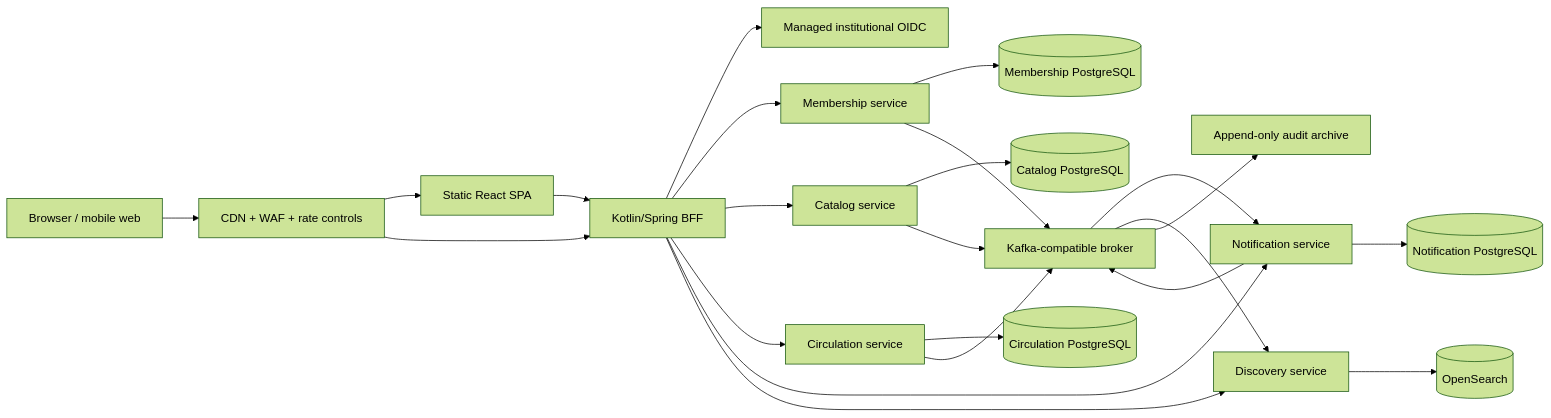
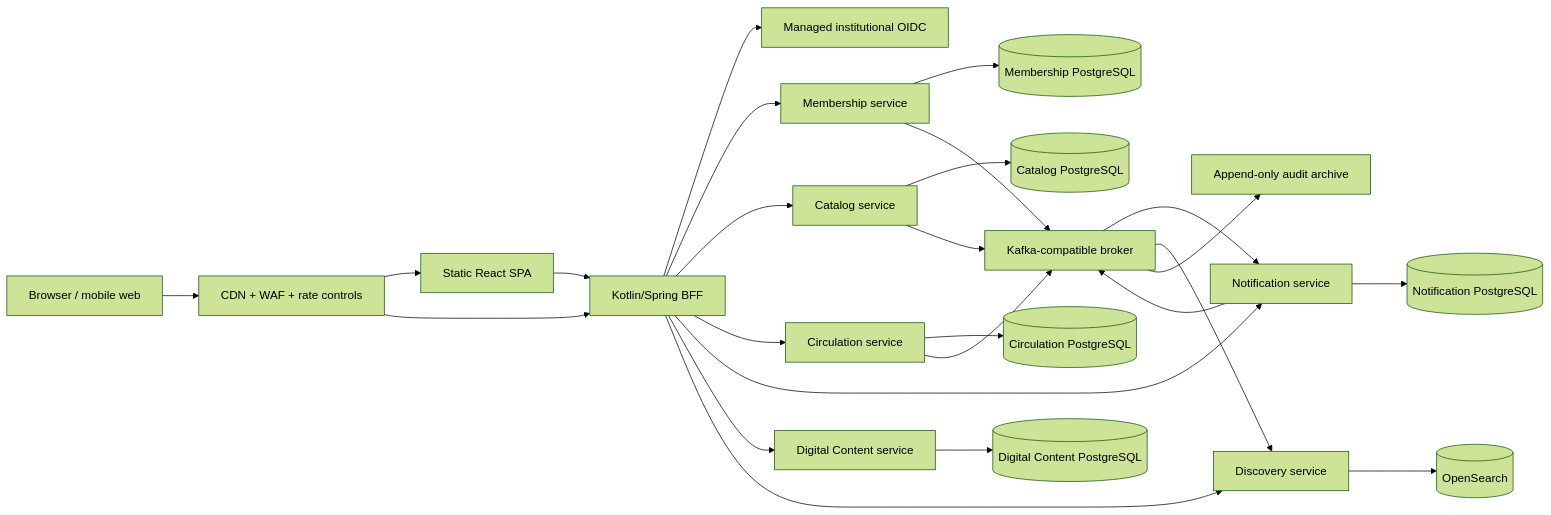
Before and after one commit to AnouarMohamed/Mundia_library: the diagram in docs/PRODUCTION_OVERHAUL.md, drawn with Mermaid (forest theme). The commit also changed other lines of this file and 47 other files, not shown here.

Commit message:
feat: establish rights-aware digital content service

````diff
--- a/docs/PRODUCTION_OVERHAUL.md
+++ b/docs/PRODUCTION_OVERHAUL.md
@@ -125,27 +125,29 @@
 ```mermaid
 flowchart LR
     Browser["Browser / mobile web"] --> Edge["CDN + WAF + rate controls"]
     Edge --> SPA["Static React SPA"]
     Edge --> BFF["Kotlin/Spring BFF"]
     SPA --> BFF
     BFF --> IdP["Managed institutional OIDC"]
     BFF --> Membership["Membership service"]
     BFF --> Catalog["Catalog service"]
     BFF --> Circulation["Circulation service"]
     BFF --> Notifications["Notification service"]
+    BFF --> DigitalContent["Digital Content service"]
     BFF --> Discovery["Discovery service"]
 
     Membership --> MembershipDb[("Membership PostgreSQL")]
     Catalog --> CatalogDb[("Catalog PostgreSQL")]
     Circulation --> CirculationDb[("Circulation PostgreSQL")]
     Notifications --> NotificationDb[("Notification PostgreSQL")]
+    DigitalContent --> DigitalContentDb[("Digital Content PostgreSQL")]
     Discovery --> Search[("OpenSearch")]
 
     Membership --> Broker["Kafka-compatible broker"]
     Catalog --> Broker
     Circulation --> Broker
     Notifications --> Broker
     Broker --> Notifications
     Broker --> Discovery
     Broker --> Audit["Append-only audit archive"]
 ```
````
